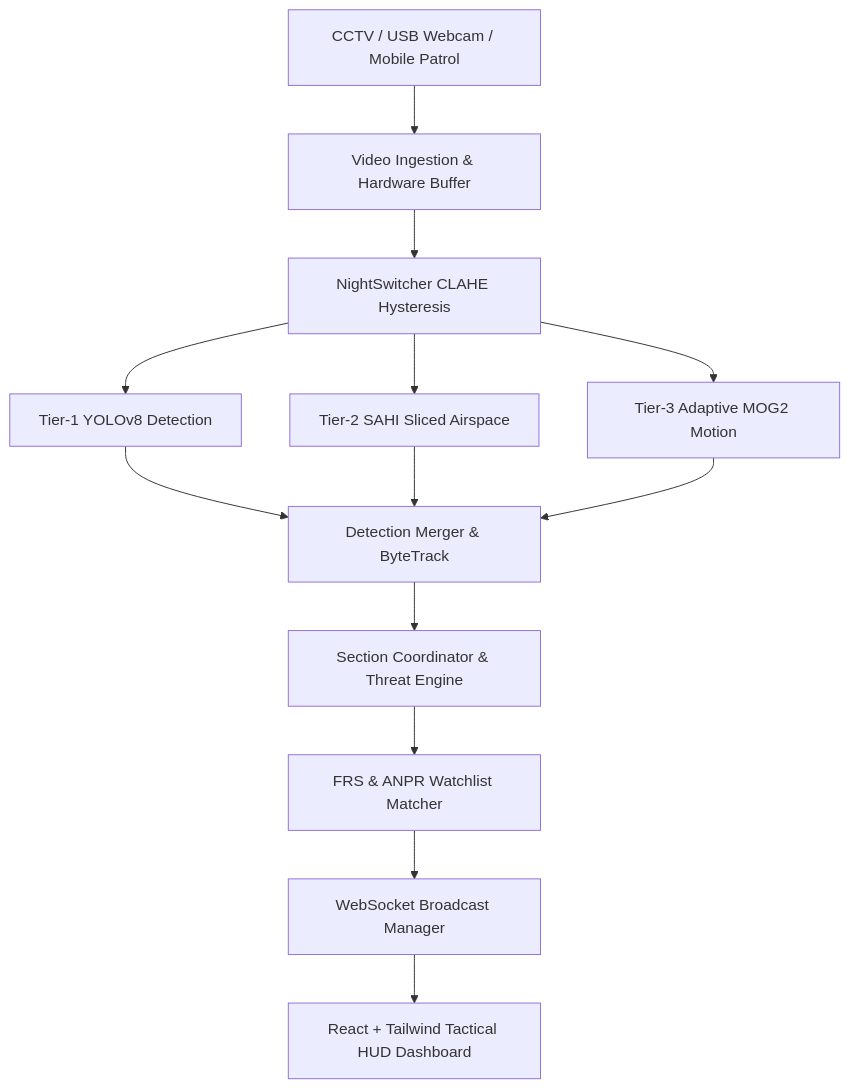
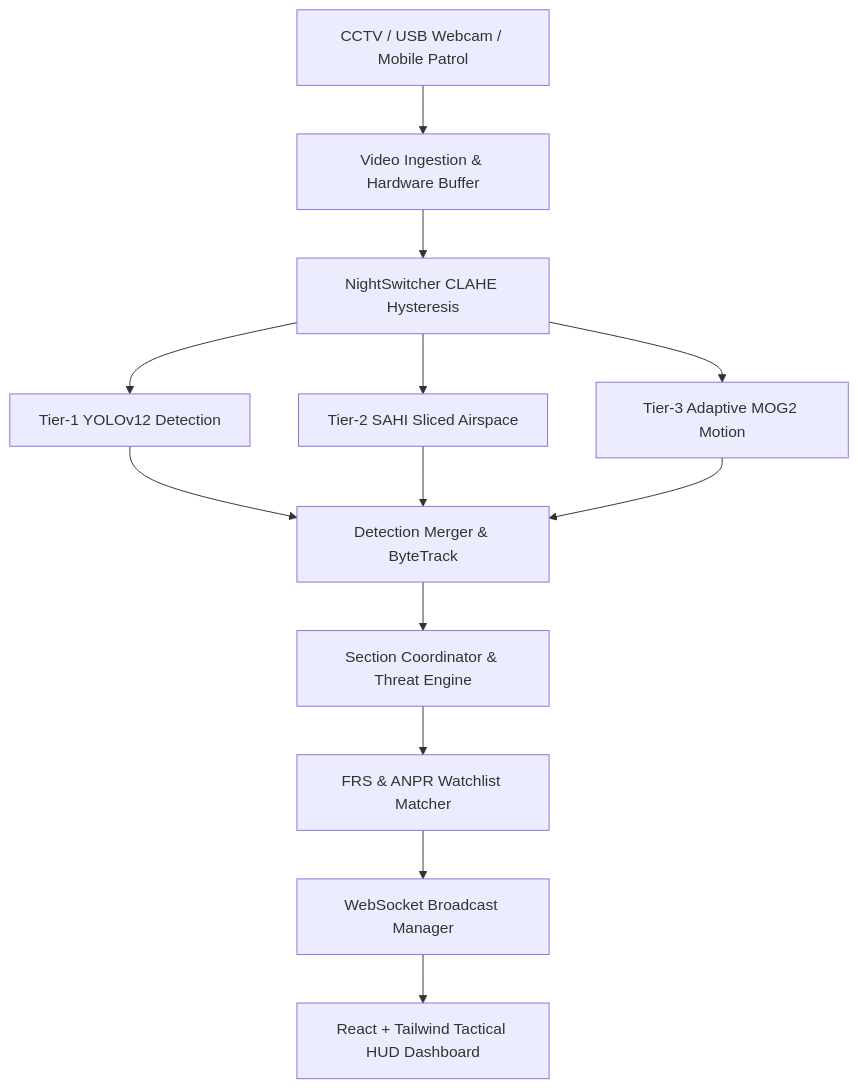
The diagram in README.md (Alister007-arch/IBVAP-Border-Surveillance), drawn with Mermaid before and after one commit. The commit also changed other lines of this file and 38 other files, not shown here.

````diff
--- a/README.md
+++ b/README.md
@@ -49,13 +49,13 @@
 ```mermaid
 graph TD
     A[CCTV / USB Webcam / Mobile Patrol] --> B[Video Ingestion & Hardware Buffer]
     B --> C[NightSwitcher CLAHE Hysteresis]
-    C --> D1[Tier-1 YOLOv8 Detection]
+    C --> D1[Tier-1 YOLOv12 Detection]
     C --> D2[Tier-2 SAHI Sliced Airspace]
     C --> D3[Tier-3 Adaptive MOG2 Motion]
     D1 & D2 & D3 --> E[Detection Merger & ByteTrack]
     E --> F[Section Coordinator & Threat Engine]
     F --> G[FRS & ANPR Watchlist Matcher]
     G --> H[WebSocket Broadcast Manager]
     H --> I[React + Tailwind Tactical HUD Dashboard]
 ```
````
